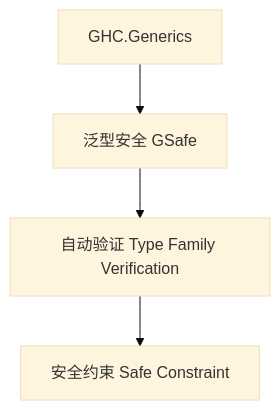
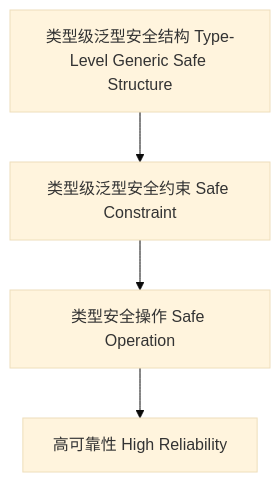
Before and after one commit to AdaMartin18010/haskell: the diagram in docs/analysis/Type/01-Type-Level-Generic-Safety.md, drawn with Mermaid (base theme). The commit also changed other lines of this file and 11 other files, not shown here.

````diff
--- a/docs/analysis/Type/01-Type-Level-Generic-Safety.md
+++ b/docs/analysis/Type/01-Type-Level-Generic-Safety.md
@@ -66,6 +63,6 @@
 ```mermaid
 graph TD
-  A[GHC.Generics] --> B[泛型安全 GSafe]
-  B --> C[自动验证 Type Family Verification]
-  C --> D[安全约束 Safe Constraint]
+  A[类型级泛型安全结构 Type-Level Generic Safe Structure] --> B[类型级泛型安全约束 Safe Constraint]
+  B --> C[类型安全操作 Safe Operation]
+  C --> D[高可靠性 High Reliability]
 ```
````
